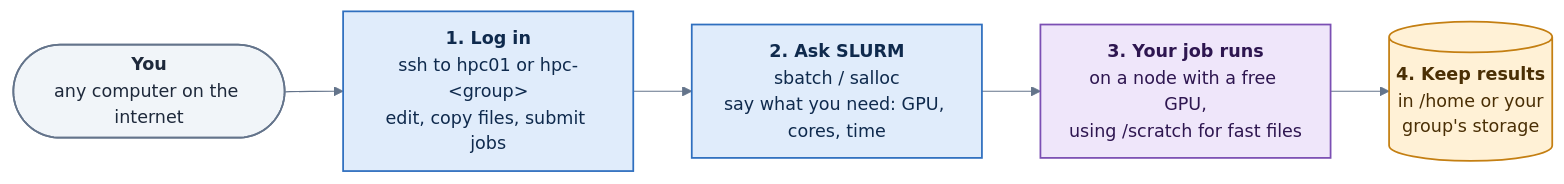
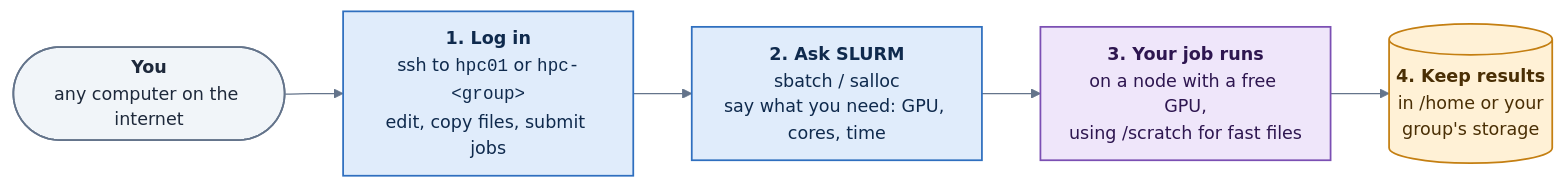
Before and after one commit to hpc-isr/hpc-docs: the diagram in docs/overview/README.md, drawn with Mermaid. The commit also changed 2 other files, not shown here.

Commit message:
Overview diagram: show hpc01 and hpc-<group> in monospace; use Mermaid entity codes for < and >

````diff
--- a/docs/overview/README.md
+++ b/docs/overview/README.md
@@ -19,19 +19,19 @@
 ```mermaid
 %%{init: {"theme": "base", "flowchart": {"curve": "basis", "nodeSpacing": 40, "rankSpacing": 50, "padding": 12}, "themeVariables": {"fontFamily": "Inter, Segoe UI, Helvetica Neue, Arial, sans-serif", "fontSize": "15px", "primaryColor": "#ffffff", "primaryBorderColor": "#94a3b8", "primaryTextColor": "#1e293b", "lineColor": "#64748b", "clusterBkg": "#f8fafc", "clusterBorder": "#cbd5e1", "edgeLabelBackground": "#ffffff"}}}%%
 flowchart LR
     ME(["<b>You</b><br/>any computer on the internet"])
-    LOGIN["<b>1. Log in</b><br/>ssh to hpc01 or hpc-&lt;group&gt;<br/>edit, copy files, submit jobs"]
+    LOGIN["<b>1. Log in</b><br/>ssh to <code>hpc01</code> or <code>hpc-#lt;group#gt;</code><br/>edit, copy files, submit jobs"]
     SLURM["<b>2. Ask SLURM</b><br/>sbatch / salloc<br/>say what you need: GPU, cores, time"]
     RUN["<b>3. Your job runs</b><br/>on a node with a free GPU,<br/>using /scratch for fast files"]
     RES[("<b>4. Keep results</b><br/>in /home or your<br/>group's storage")]
     ME --> LOGIN --> SLURM --> RUN --> RES
     classDef you fill:#f1f5f9,stroke:#64748b,stroke-width:1.5px,color:#1e293b
     classDef shared fill:#e0ecfb,stroke:#2f6fbf,stroke-width:1.5px,color:#0f2a4d
     classDef group fill:#e3f4e8,stroke:#2e8b57,stroke-width:1.5px,color:#123d25
     classDef store fill:#fff1d6,stroke:#c47f12,stroke-width:1.5px,color:#4a2f05
     classDef fast fill:#efe6fa,stroke:#7b4fb3,stroke-width:1.5px,color:#2e1650
     class ME you
     class LOGIN,SLURM shared
     class RUN fast
     class RES store
 ```
````
